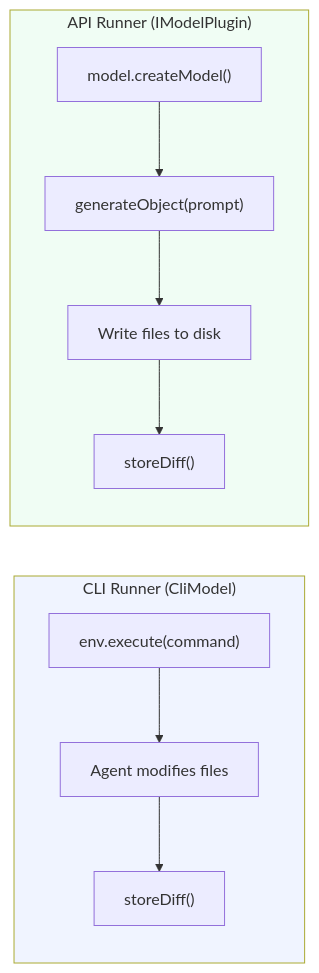
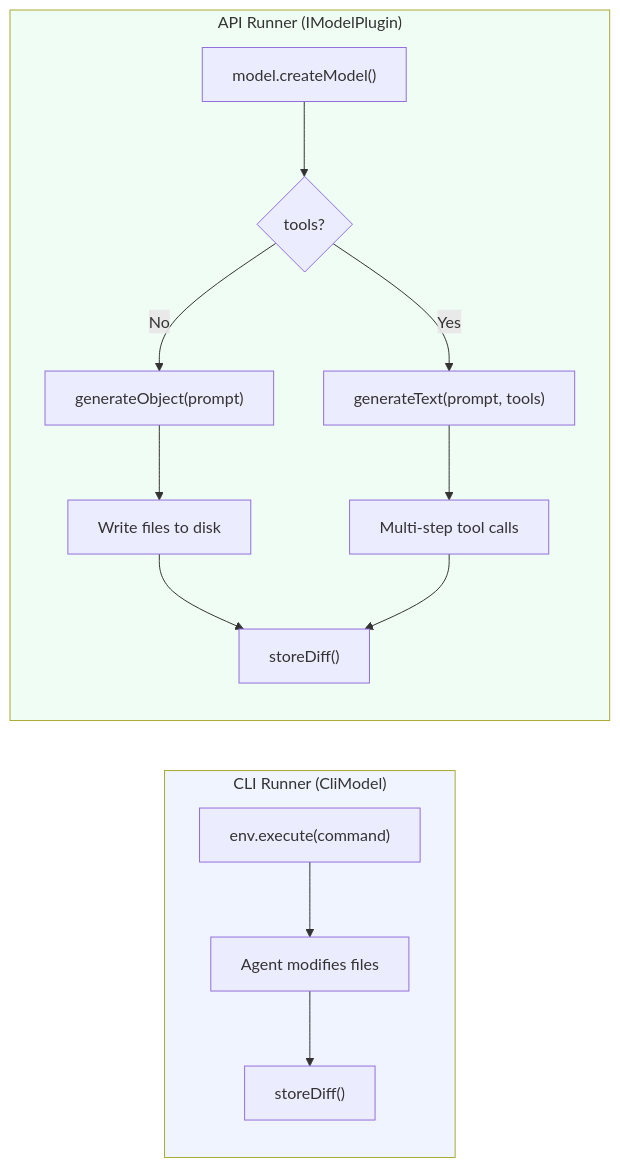
Before and after one commit to Tlahey/agent-eval: the second of 2 diagrams in apps/docs/guide/runners.md, drawn with Mermaid. The commit also changed other lines of this file and 12 other files, not shown here.

First line of the commit message:
feat(llm): add GitHubModelsModel plugin with tools and ModelSettings (#17)

````diff
--- a/apps/docs/guide/runners.md
+++ b/apps/docs/guide/runners.md
@@ -319,16 +378,20 @@
 ```mermaid
 flowchart LR
     subgraph CLI["CLI Runner (CliModel)"]
         A["env.execute(command)"] --> B["Agent modifies files"]
         B --> C["storeDiff()"]
     end
 
     subgraph API["API Runner (IModelPlugin)"]
-        D["model.createModel()"] --> E["generateObject(prompt)"]
-        E --> F["Write files to disk"]
-        F --> G["storeDiff()"]
+        D["model.createModel()"] --> E{"tools?"}
+        E -->|No| F["generateObject(prompt)"]
+        F --> G["Write files to disk"]
+        E -->|Yes| H["generateText(prompt, tools)"]
+        H --> I["Multi-step tool calls"]
+        G --> J["storeDiff()"]
+        I --> J
     end
 
     style CLI fill:#f0f4ff
     style API fill:#f0fdf4
 ```
````
